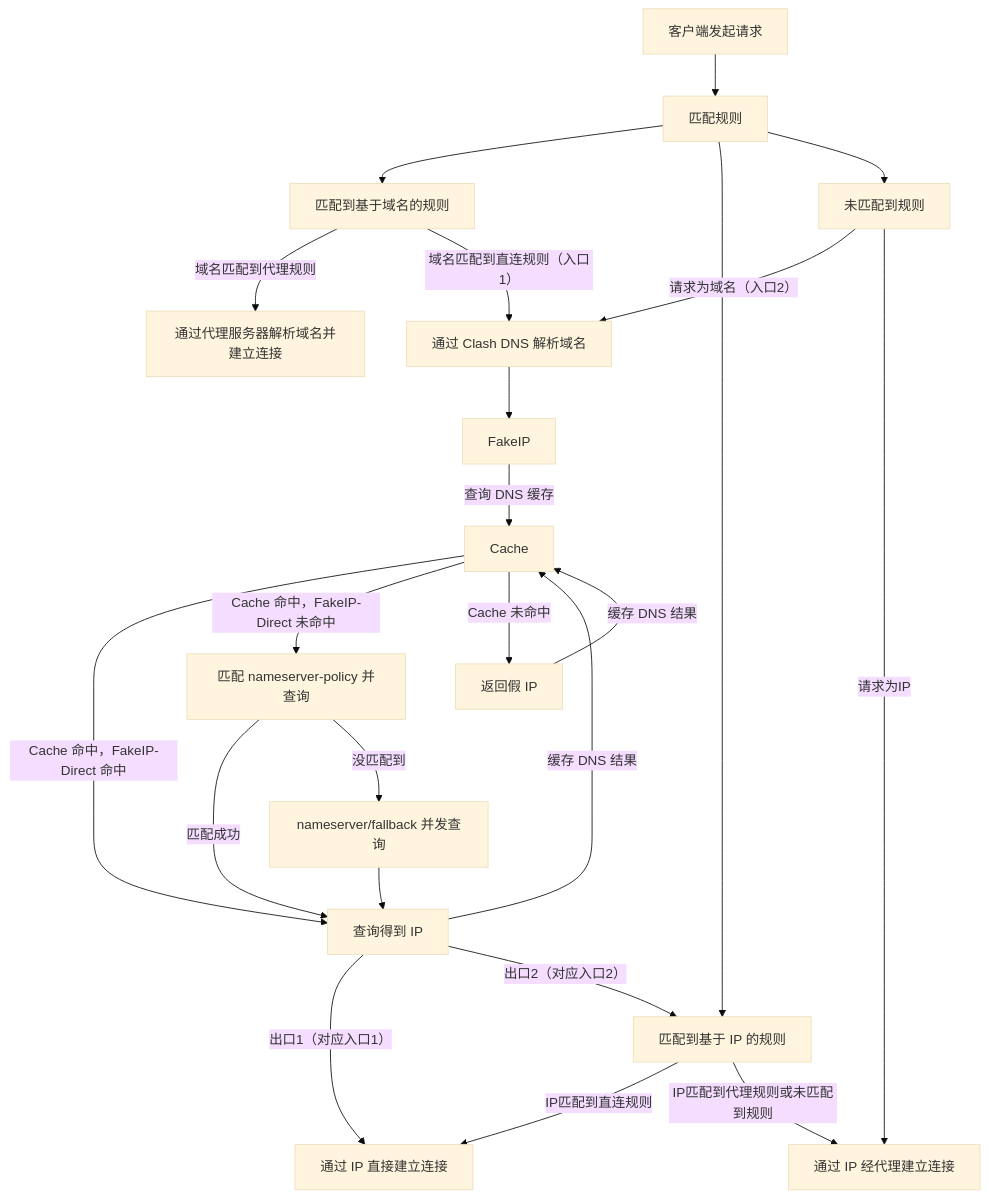
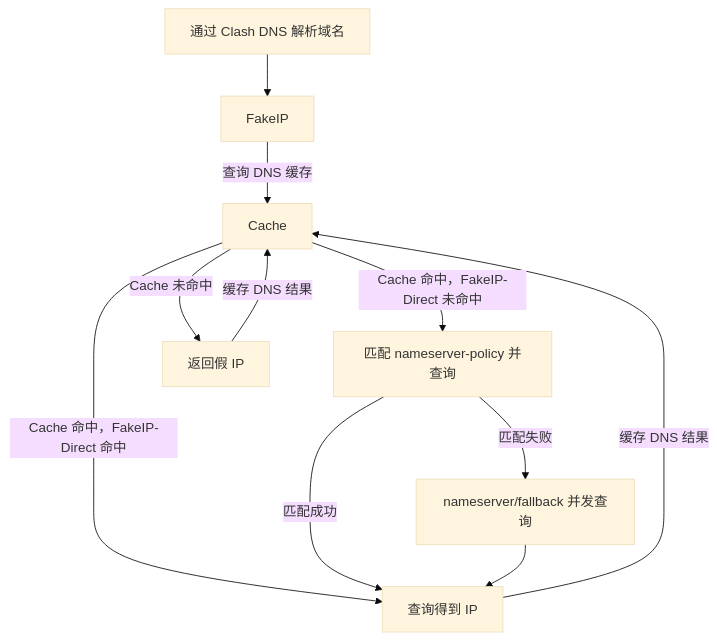
The second of 2 diagrams in mihomoDNS解析流程.md (Jishi0/sub-rule), drawn with Mermaid (base theme) before and after one commit. The commit also changed other lines of this file, not shown here.

````diff
--- a/mihomoDNS解析流程.md
+++ b/mihomoDNS解析流程.md
@@ -1,35 +23,17 @@
 ```mermaid
 flowchart TD
-  Start[客户端发起请求] --> rule[匹配规则]
-  rule -->  Domain[匹配到基于域名的规则]
-  rule --> IP[匹配到基于 IP 的规则]
-  rule --> null[未匹配到规则]
-
-  null --> |请求为域名（入口2）|DNS
-  null --> |请求为IP|Proxy
-
-  Domain --> |域名匹配到代理规则|Remote[通过代理服务器解析域名并建立连接]
-  Domain --> |域名匹配到直连规则（入口1）|DNS[通过 Clash DNS 解析域名]
-
-  DNS --> FakeIP
+  DNS[通过 Clash DNS 解析域名] --> FakeIP
   FakeIP --> |查询 DNS 缓存|Cache
 
   Cache --> |Cache 命中，FakeIP-Direct 命中|Get[查询得到 IP]
   Cache --> |Cache 命中，FakeIP-Direct 未命中|NS[匹配 nameserver-policy 并查询 ]
   Cache --> |Cache 未命中|FakeGet[返回假 IP]
 
   NS --> |匹配成功| Get
-  NS --> |没匹配到| NF[nameserver/fallback 并发查询]
+  NS --> |匹配失败| NF[nameserver/fallback 并发查询]
   NF --> Get
 
   Get --> |缓存 DNS 结果|Cache
   FakeGet --> |缓存 DNS 结果|Cache
 
-
-  Get --> |出口1（对应入口1）|Direct[通过 IP 直接建立连接]
-  Get --> |出口2（对应入口2）|IP
-
-  IP --> |IP匹配到直连规则|Direct
-  IP --> |IP匹配到代理规则或未匹配到规则|Proxy[通过 IP 经代理建立连接]
-
 ```
````
